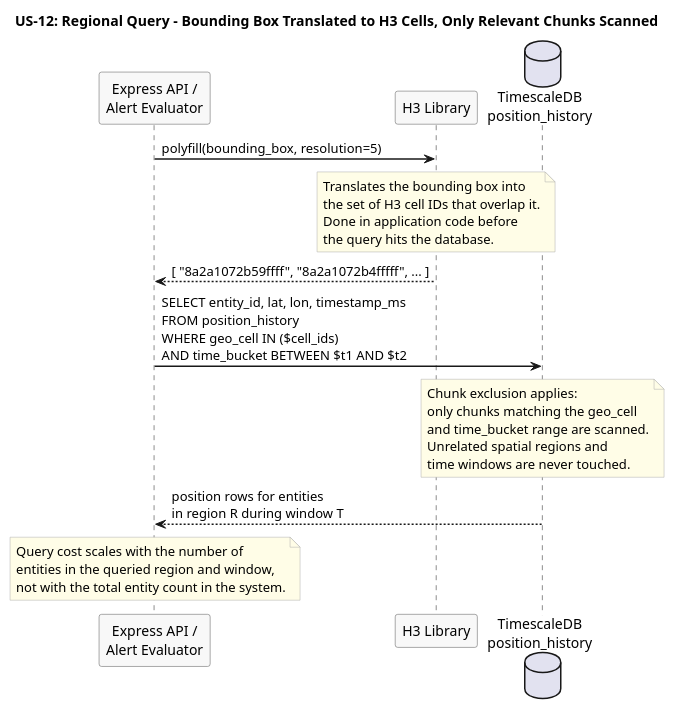
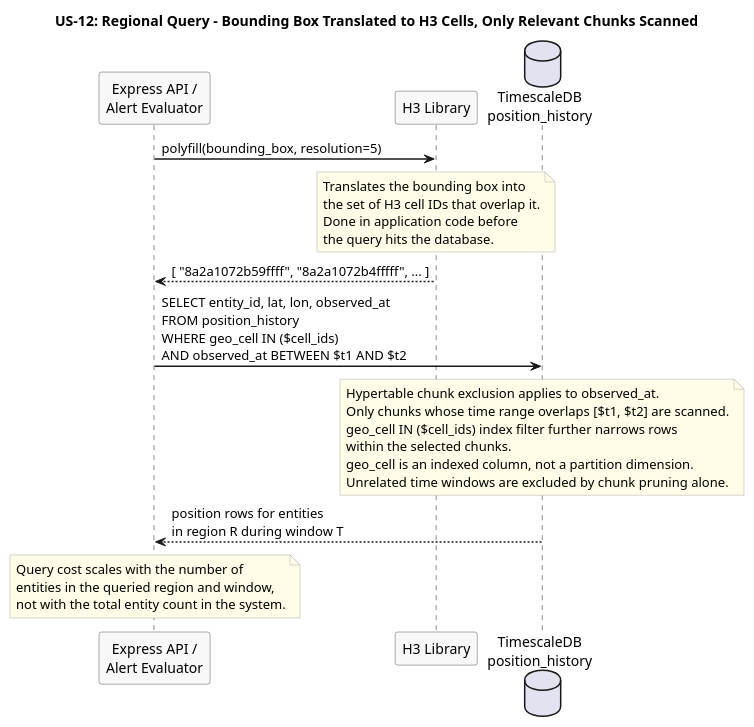
The diagram in docs/use-cases/US-12-geo-spatial-efficiency/regional-query.puml (Buffden/sentinel), drawn with PlantUML before and after one commit. The commit also changed 5 other files, not shown here.

First line of the commit message:
schema: fix TimescaleDB time model — observed_at as partition column, geo_cell as index

```diff
--- a/docs/use-cases/US-12-geo-spatial-efficiency/regional-query.puml
+++ b/docs/use-cases/US-12-geo-spatial-efficiency/regional-query.puml
@@ -1,43 +1,44 @@
 @startuml regional-query
 title US-12: Regional Query - Bounding Box Translated to H3 Cells, Only Relevant Chunks Scanned
 
 skinparam sequenceArrowThickness 1.5
 skinparam participantBorderColor #555555
 skinparam participantBackgroundColor #F8F8F8
 skinparam noteBorderColor #AAAAAA
 skinparam noteBackgroundColor #FFFDE7
 
 participant "Express API /\nAlert Evaluator" as Caller
 participant "H3 Library" as H3
 database "TimescaleDB\nposition_history" as TSDB
 
 Caller -> H3 : polyfill(bounding_box, resolution=5)
 
 note over H3
   Translates the bounding box into
   the set of H3 cell IDs that overlap it.
   Done in application code before
   the query hits the database.
 end note
 
 H3 --> Caller : [ "8a2a1072b59ffff", "8a2a1072b4fffff", ... ]
 
-Caller -> TSDB : SELECT entity_id, lat, lon, timestamp_ms\nFROM position_history\nWHERE geo_cell IN ($cell_ids)\nAND time_bucket BETWEEN $t1 AND $t2
+Caller -> TSDB : SELECT entity_id, lat, lon, observed_at\nFROM position_history\nWHERE geo_cell IN ($cell_ids)\nAND observed_at BETWEEN $t1 AND $t2
 
 note over TSDB
-  Chunk exclusion applies:
-  only chunks matching the geo_cell
-  and time_bucket range are scanned.
-  Unrelated spatial regions and
-  time windows are never touched.
+  Hypertable chunk exclusion applies to observed_at.
+  Only chunks whose time range overlaps [$t1, $t2] are scanned.
+  geo_cell IN ($cell_ids) index filter further narrows rows
+  within the selected chunks.
+  geo_cell is an indexed column, not a partition dimension.
+  Unrelated time windows are excluded by chunk pruning alone.
 end note
 
 TSDB --> Caller : position rows for entities\nin region R during window T
 
 note over Caller
   Query cost scales with the number of
   entities in the queried region and window,
   not with the total entity count in the system.
 end note
 
 @enduml
```
